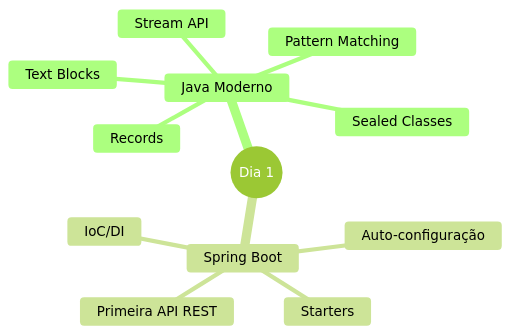
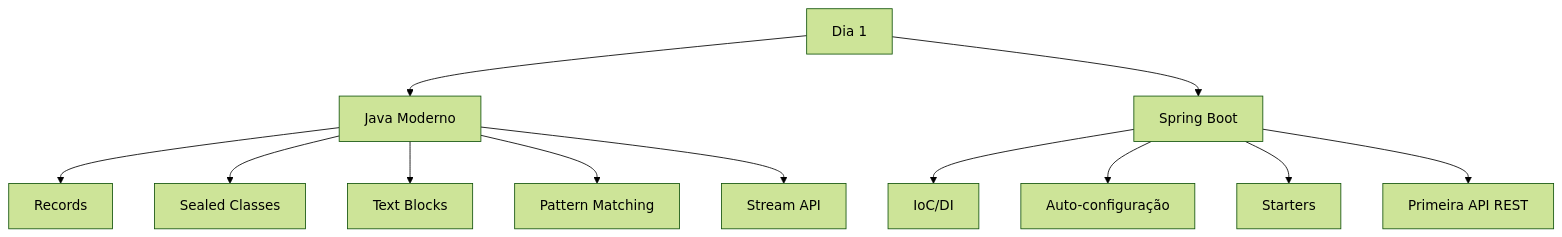
Before and after one commit to deusemarjunior/trein-java-intermed: the first of 2 diagrams in dia-02/slide-01.md, drawn with Mermaid (forest theme). The commit also changed 213 other files, not shown here.

Commit message:
feat: add slides for Clean Architecture, practical exercises, and review session

````diff
--- a/dia-02/slide-01.md
+++ b/dia-02/slide-01.md
@@ -11,15 +11,14 @@
 ```mermaid
-mindmap
-  root((Dia 1))
-    Java Moderno
-      Records
-      Sealed Classes
-      Text Blocks
-      Pattern Matching
-      Stream API
-    Spring Boot
-      IoC/DI
-      Auto-configuração
-      Starters
-      Primeira API REST
+graph TD
+    A[Dia 1] --> B[Java Moderno]
+    A --> C[Spring Boot]
+    B --> D[Records]
+    B --> E[Sealed Classes]
+    B --> F[Text Blocks]
+    B --> G[Pattern Matching]
+    B --> H[Stream API]
+    C --> I[IoC/DI]
+    C --> J[Auto-configuração]
+    C --> K[Starters]
+    C --> L[Primeira API REST]
 ```
````
